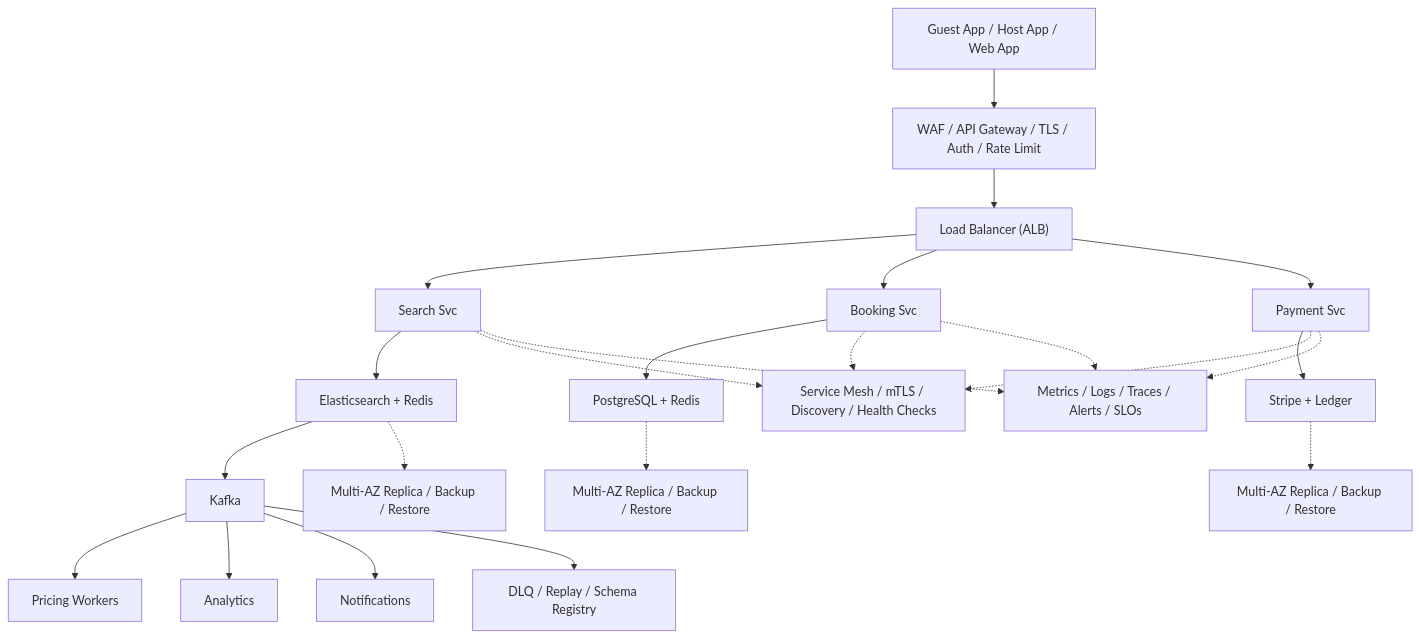
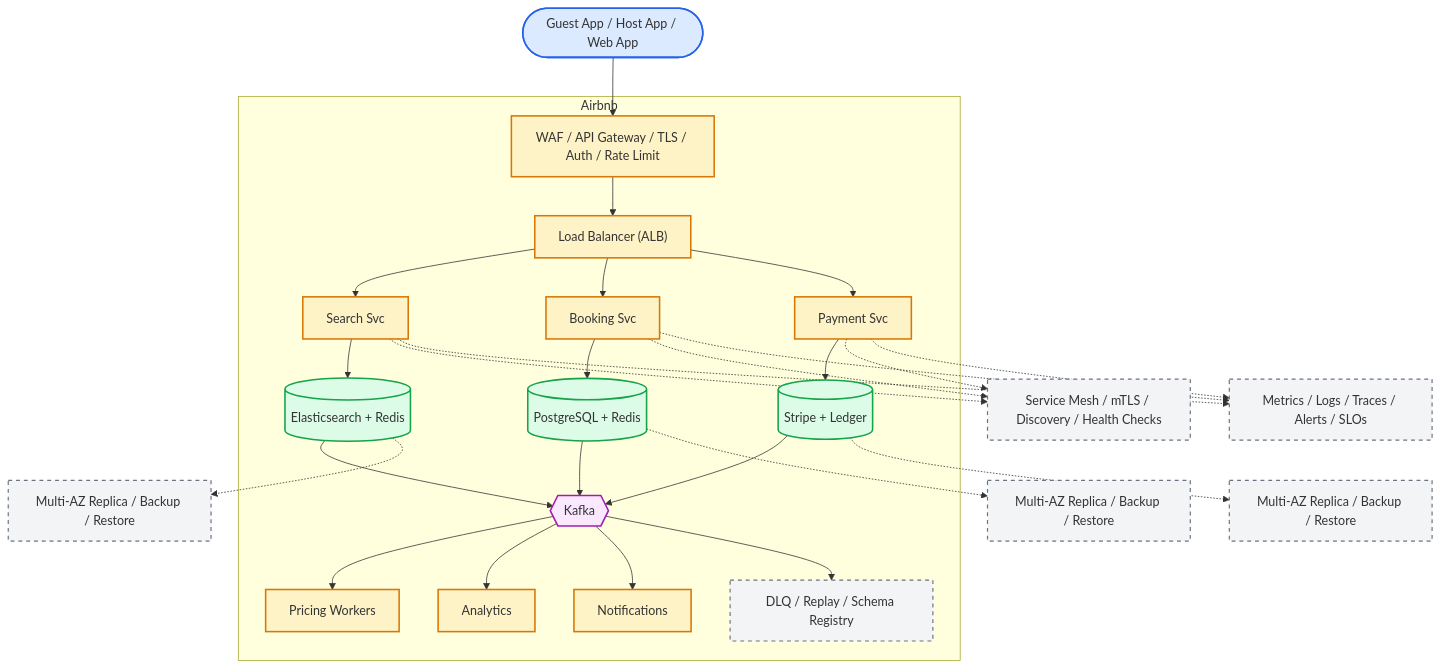
The diagram in system-design-airbnb.md (aishwary11/system-design), drawn with Mermaid before and after one commit. The commit also changed other lines of this file and 36 other files, not shown here.

First line of the commit message:
Standardize all diagrams on C4-style Mermaid template

````diff
--- a/system-design-airbnb.md
+++ b/system-design-airbnb.md
@@ -38,25 +38,65 @@
 ```mermaid
 flowchart TB
-    clients["Guest App / Host App / Web App"] --> edge["WAF / API Gateway / TLS / Auth / Rate Limit"]
-    edge --> lb["Load Balancer (ALB)"]
-    lb --> svc0["Search Svc"]
-    lb --> svc1["Booking Svc"]
-    lb --> svc2["Payment Svc"]
-    svc0 --> store0["Elasticsearch + Redis"]
-    svc1 --> store1["PostgreSQL + Redis"]
-    svc2 --> store2["Stripe + Ledger"]
-    store0 --> stream["Kafka"]
-    stream --> worker0["Pricing Workers"]
-    stream --> worker1["Analytics"]
-    stream --> worker2["Notifications"]
-    svc0 -.-> platform["Service Mesh / mTLS / Discovery / Health Checks"]
-    svc1 -.-> platform
-    svc2 -.-> platform
-    store0 -.-> backup0["Multi-AZ Replica / Backup / Restore"]
-    store1 -.-> backup1["Multi-AZ Replica / Backup / Restore"]
-    store2 -.-> backup2["Multi-AZ Replica / Backup / Restore"]
-    stream --> dlq["DLQ / Replay / Schema Registry"]
-    svc0 -.-> ops["Metrics / Logs / Traces / Alerts / SLOs"]
+    %% Actors (people)
+    clients(["Guest App / Host App / Web App"])
+
+    %% System boundary - containers owned by the platform
+    subgraph platform["Airbnb"]
+        edge["WAF / API Gateway / TLS / Auth / Rate Limit"]
+        lb["Load Balancer (ALB)"]
+        svc0["Search Svc"]
+        svc1["Booking Svc"]
+        svc2["Payment Svc"]
+        store0[("Elasticsearch + Redis")]
+        store1[("PostgreSQL + Redis")]
+        store2[("Stripe + Ledger")]
+        stream{{"Kafka"}}
+        worker0["Pricing Workers"]
+        worker1["Analytics"]
+        worker2["Notifications"]
+        dlq["DLQ / Replay / Schema Registry"]
+    end
+
+    %% Cross-cutting control plane (dashed edges)
+    mesh["Service Mesh / mTLS / Discovery / Health Checks"]
+    ops["Metrics / Logs / Traces / Alerts / SLOs"]
+    backup0["Multi-AZ Replica / Backup / Restore"]
+    backup1["Multi-AZ Replica / Backup / Restore"]
+    backup2["Multi-AZ Replica / Backup / Restore"]
+
+    clients --> edge
+    edge --> lb
+    lb --> svc0
+    lb --> svc1
+    lb --> svc2
+    svc0 --> store0
+    svc1 --> store1
+    svc2 --> store2
+    store0 --> stream
+    store1 --> stream
+    store2 --> stream
+    stream --> worker0
+    stream --> worker1
+    stream --> worker2
+    stream --> dlq
+    svc0 -.-> mesh
+    svc1 -.-> mesh
+    svc2 -.-> mesh
+    svc0 -.-> ops
     svc1 -.-> ops
     svc2 -.-> ops
+    store0 -.-> backup0
+    store1 -.-> backup1
+    store2 -.-> backup2
+
+    classDef actor fill:#dbeafe,stroke:#2563eb,stroke-width:2px
+    classDef service fill:#fef3c7,stroke:#d97706,stroke-width:2px
+    classDef store fill:#dcfce7,stroke:#16a34a,stroke-width:2px
+    classDef broker fill:#fae8ff,stroke:#a21caf,stroke-width:2px
+    classDef control fill:#f3f4f6,stroke:#6b7280,stroke-width:1.5px,stroke-dasharray:5 5
+    class clients actor
+    class edge,lb,svc0,svc1,svc2,worker0,worker1,worker2 service
+    class store0,store1,store2 store
+    class stream broker
+    class dlq,mesh,ops,backup0,backup1,backup2 control
 ```
````
